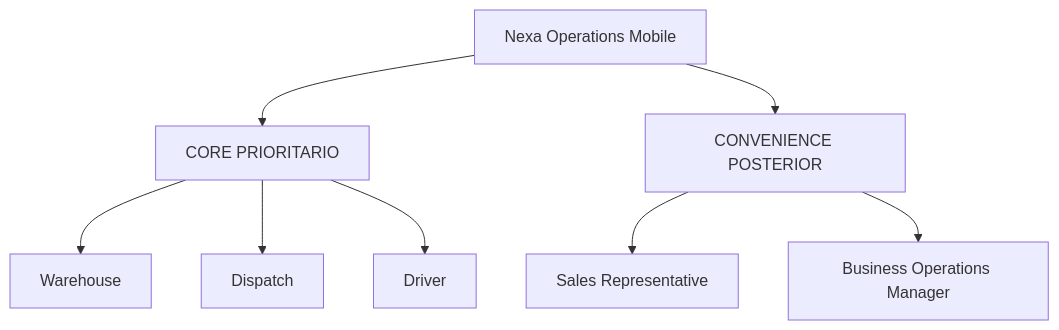
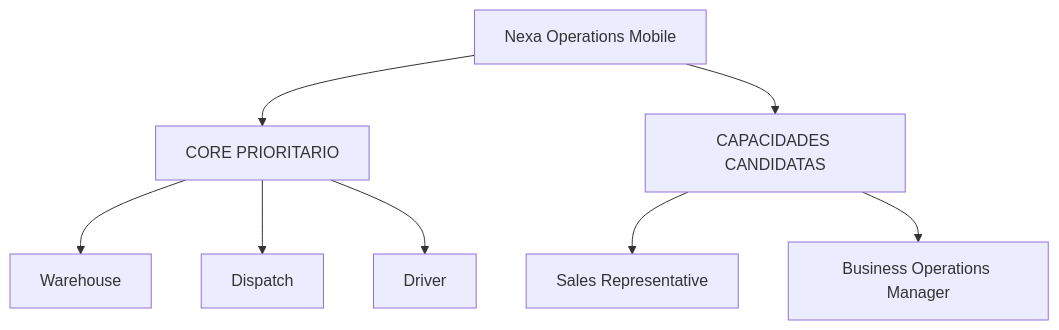
One commit to nexa-suite/mobile-report changed the first of 3 diagrams in report/01-presentation/1.3-target-segments.md. Above: the diagram before and after it, drawn with Mermaid. The commit also changed other lines of this file and 4 other files, not shown here.

````diff
--- a/report/01-presentation/1.3-target-segments.md
+++ b/report/01-presentation/1.3-target-segments.md
@@ -90,16 +90,16 @@
 ```mermaid
 flowchart TD
     OM["Nexa Operations Mobile"]
     CORE["CORE PRIORITARIO"]
-    POST["CONVENIENCE POSTERIOR"]
+    POST["CAPACIDADES CANDIDATAS"]
 
     OM --> CORE
     OM --> POST
 
     CORE --> W["Warehouse"]
     CORE --> D["Dispatch"]
     CORE --> DR["Driver"]
 
     POST --> S["Sales Representative"]
     POST --> BOM["Business Operations Manager"]
 ```
````
